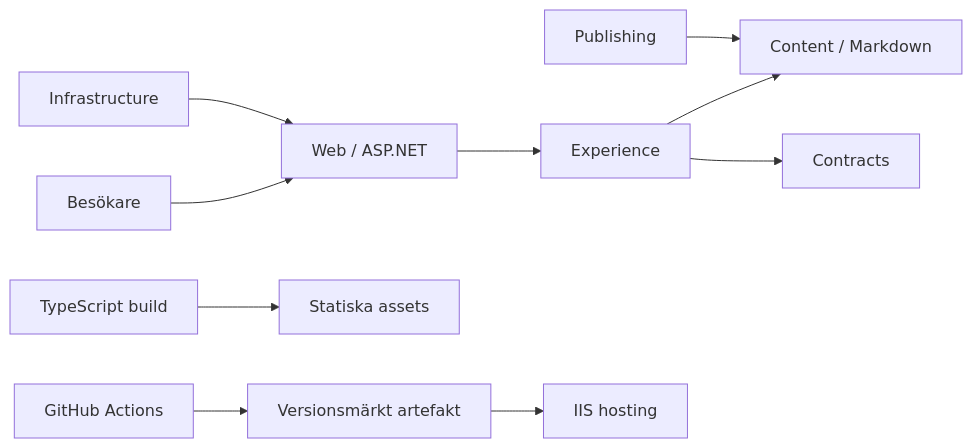
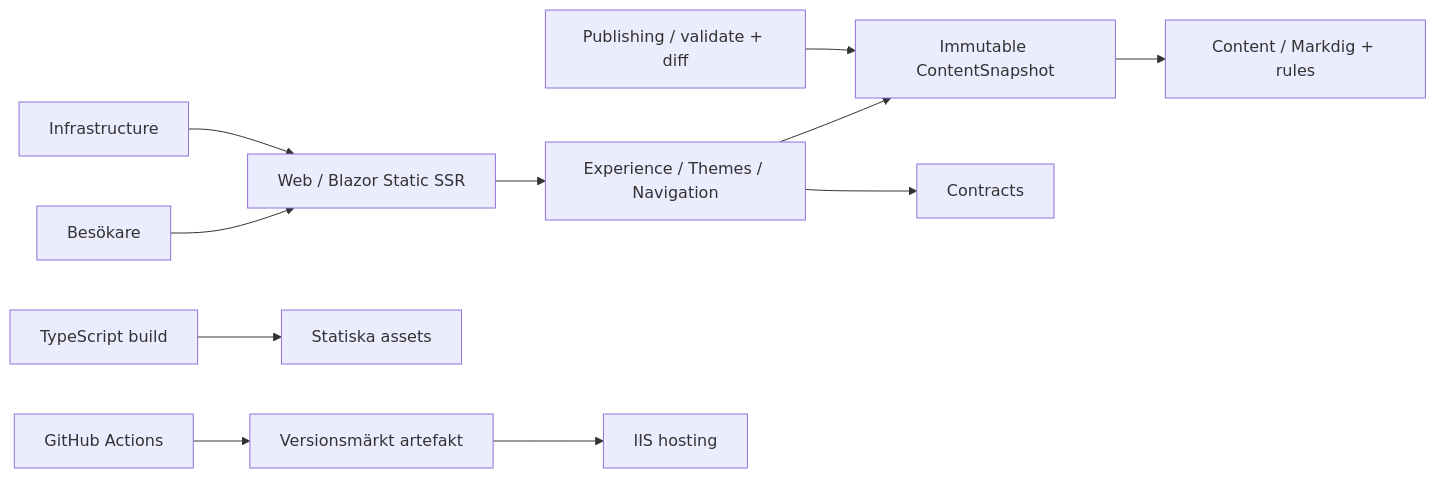
One commit to fredrik-hellmangroup/cv-online-presenter changed the first of 2 diagrams in docs/PRD_konsultportfolio.md. Above: the diagram before and after it, drawn with Mermaid. The commit also changed other lines of this file and 49 other files, not shown here.

````diff
--- a/docs/PRD_konsultportfolio.md
+++ b/docs/PRD_konsultportfolio.md
@@ -146,12 +173,13 @@
 ```mermaid
 flowchart LR
-  Visitor[Besökare] --> Web[Web / ASP.NET]
-  Web --> Experience[Experience]
-  Experience --> Content[Content / Markdown]
+  Visitor[Besökare] --> Web[Web / Blazor Static SSR]
+  Web --> Experience[Experience / Themes / Navigation]
+  Experience --> Snapshot[Immutable ContentSnapshot]
+  Snapshot --> Content[Content / Markdig + rules]
   Experience --> Contracts[Contracts]
-  Publishing[Publishing] --> Content
+  Publishing[Publishing / validate + diff] --> Snapshot
   Infrastructure[Infrastructure] --> Web
   TS[TypeScript build] --> Assets[Statiska assets]
   CI[GitHub Actions] --> Artifact[Versionsmärkt artefakt]
   Artifact --> IIS[IIS hosting]
 ```
````
